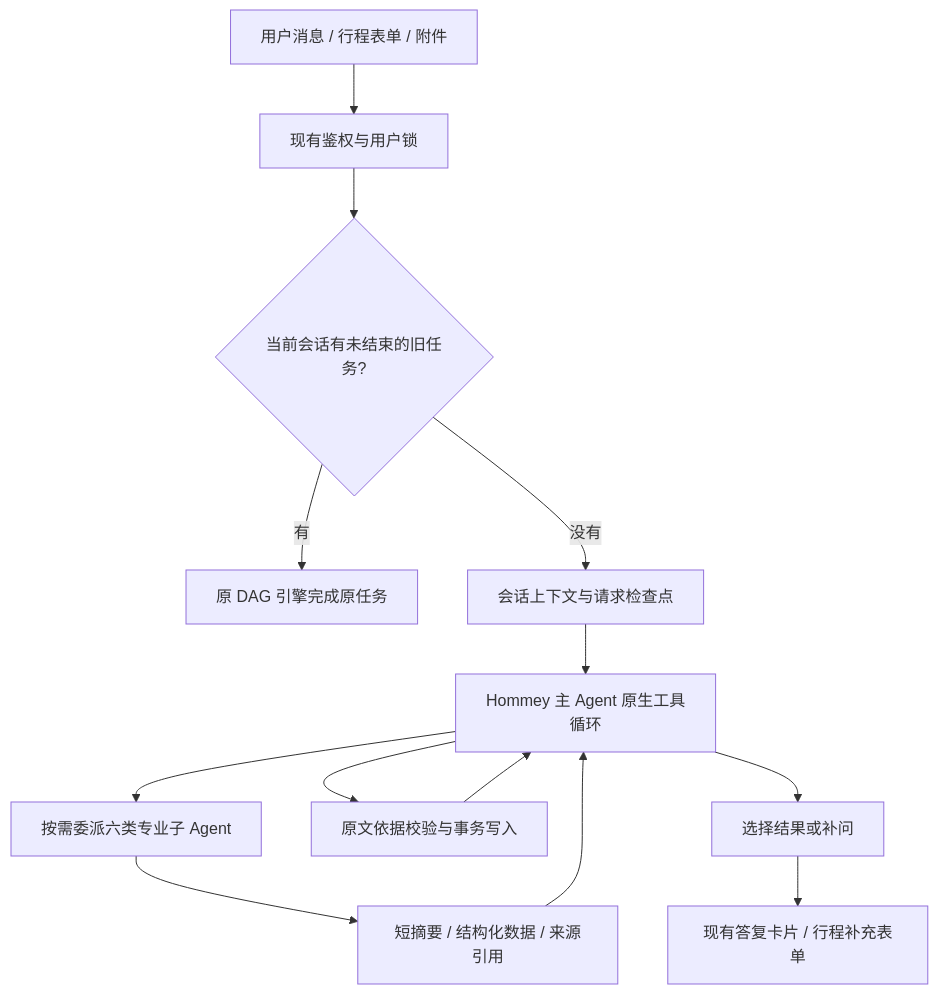
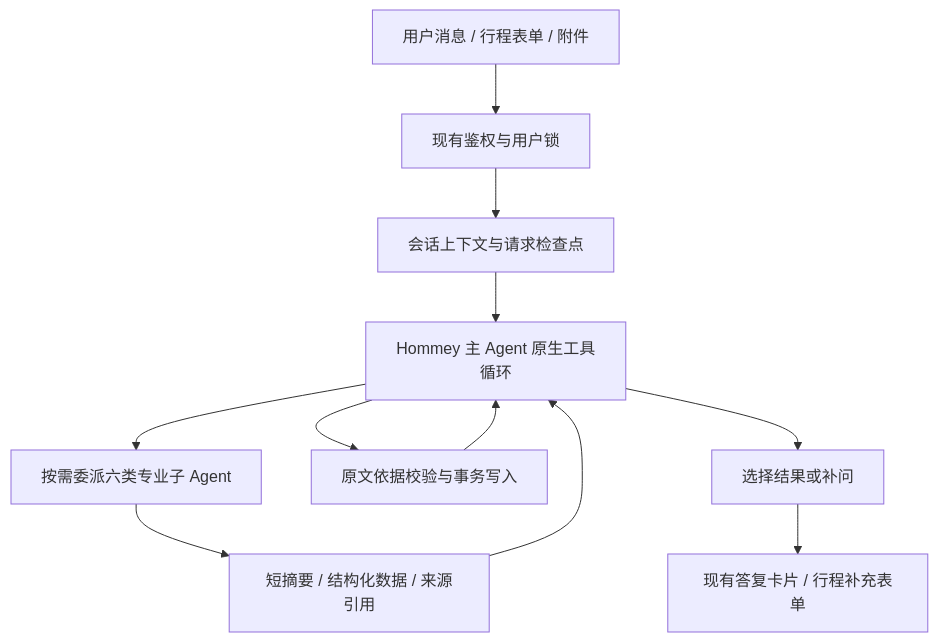
Before and after one commit to KOVcharles/Hommey: the diagram in docs/plans/2026-09-08-supervisor-implementation-and-rollback.md, drawn with Mermaid. The commit also changed other lines of this file and 137 other files, not shown here.

````diff
--- a/docs/plans/2026-09-08-supervisor-implementation-and-rollback.md
+++ b/docs/plans/2026-09-08-supervisor-implementation-and-rollback.md
@@ -9,15 +10,13 @@
 ```mermaid
 flowchart TD
     U[用户消息 / 行程表单 / 附件] --> W[现有鉴权与用户锁]
-    W --> E{当前会话有未结束的旧任务?}
-    E -->|有| L[原 DAG 引擎完成原任务]
-    E -->|没有| C[会话上下文与请求检查点]
+    W --> C[会话上下文与请求检查点]
     C --> M[Hommey 主 Agent 原生工具循环]
     M --> S[按需委派六类专业子 Agent]
     S --> R[短摘要 / 结构化数据 / 来源引用]
     R --> M
     M --> V[原文依据校验与事务写入]
     V --> M
     M --> F[选择结果或补问]
     F --> P[现有答复卡片 / 行程补充表单]
 ```
````
